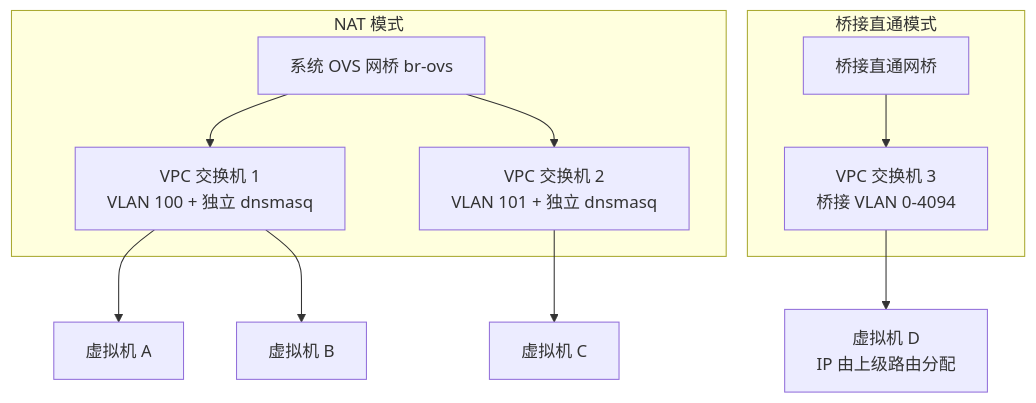
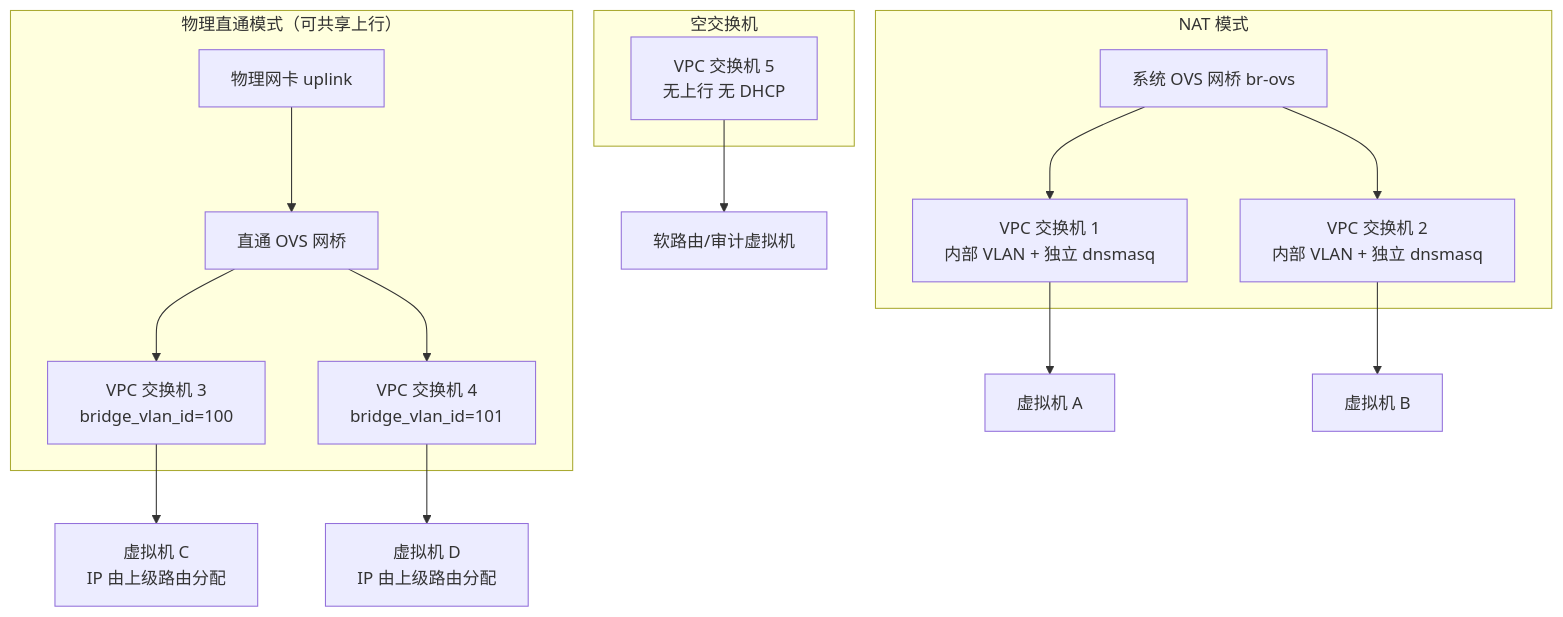
The first of 3 diagrams in docs/network/vpc-switch.mdx (QVMConsole/docs), drawn with Mermaid before and after one commit. The commit also changed other lines of this file and 12 other files, not shown here.

````diff
--- a/docs/network/vpc-switch.mdx
+++ b/docs/network/vpc-switch.mdx
@@ -13,16 +19,23 @@
 ```mermaid
 graph TB
     subgraph "NAT 模式"
-        OVS[系统 OVS 网桥 br-ovs] --> SW1[VPC 交换机 1<br/>VLAN 100 + 独立 dnsmasq]
-        OVS --> SW2[VPC 交换机 2<br/>VLAN 101 + 独立 dnsmasq]
+        OVS[系统 OVS 网桥 br-ovs] --> SW1[VPC 交换机 1<br/>内部 VLAN + 独立 dnsmasq]
+        OVS --> SW2[VPC 交换机 2<br/>内部 VLAN + 独立 dnsmasq]
     end
 
-    subgraph "桥接直通模式"
-        BR[桥接直通网桥] --> SW3[VPC 交换机 3<br/>桥接 VLAN 0-4094]
+    subgraph "物理直通模式（可共享上行）"
+        NIC[物理网卡 uplink] --> BR[直通 OVS 网桥]
+        BR --> SW3[VPC 交换机 3<br/>bridge_vlan_id=100]
+        BR --> SW4[VPC 交换机 4<br/>bridge_vlan_id=101]
+    end
+
+    subgraph "空交换机"
+        SW5[VPC 交换机 5<br/>无上行 无 DHCP]
     end
 
     SW1 --> VM1[虚拟机 A]
-    SW1 --> VM2[虚拟机 B]
-    SW2 --> VM3[虚拟机 C]
-    SW3 --> VM4[虚拟机 D<br/>IP 由上级路由分配]
+    SW2 --> VM2[虚拟机 B]
+    SW3 --> VM3[虚拟机 C<br/>IP 由上级路由分配]
+    SW4 --> VM4[虚拟机 D<br/>IP 由上级路由分配]
+    SW5 --> VM5[软路由/审计虚拟机]
 ```
````
